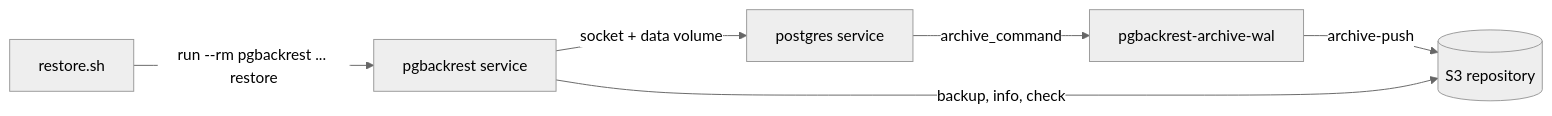
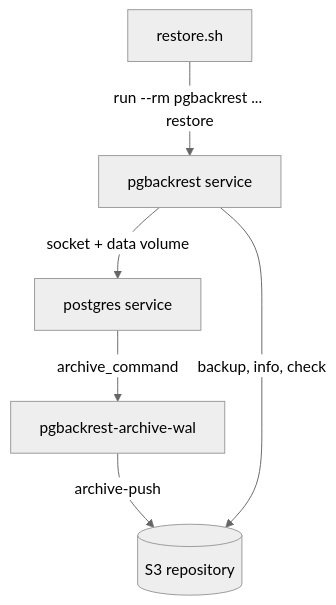
The diagram in wiki/deployment/Backups.md (mhasabalah/StarterKit), drawn with Mermaid (neutral theme) before and after one commit. The commit also changed 152 other files, not shown here.

Commit message:
feat(docs): add Fumadocs V2 and standardize diagrams

````diff
--- a/wiki/deployment/Backups.md
+++ b/wiki/deployment/Backups.md
@@ -25,8 +25,12 @@
 ```mermaid
-flowchart LR
+flowchart TB
+  accTitle: How it is wired
+  accDescr: Both services run the same infra/postgres image; PostgreSQL pushes WAL, the backup service takes and restores backups.
   PG[postgres service] -->|archive_command| AW[pgbackrest-archive-wal]
   AW -->|archive-push| S3[(S3 repository)]
   BK[pgbackrest service] -->|backup, info, check| S3
   BK -->|socket + data volume| PG
   RS[restore.sh] -->|run --rm pgbackrest ... restore| BK
+  class PG,S3 data
+  class AW,BK,RS infrastructure
 ```
````
